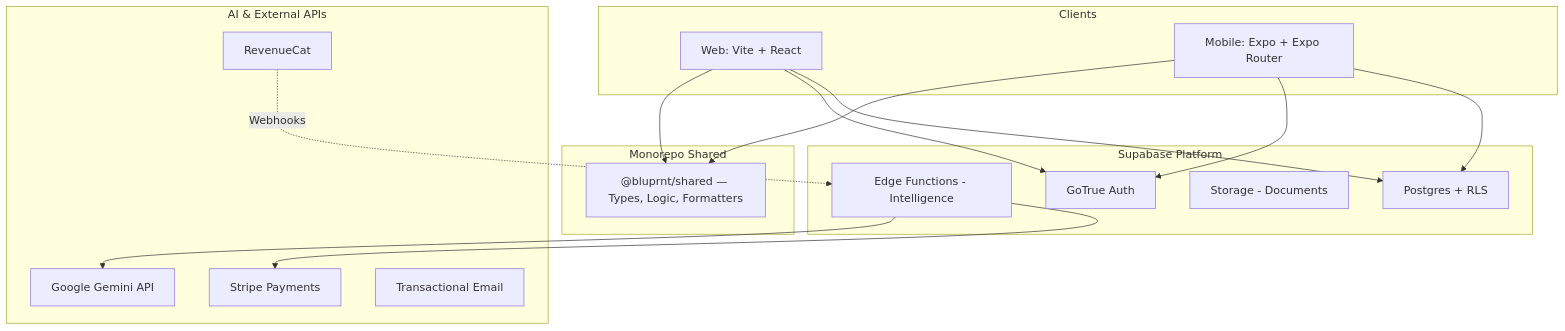
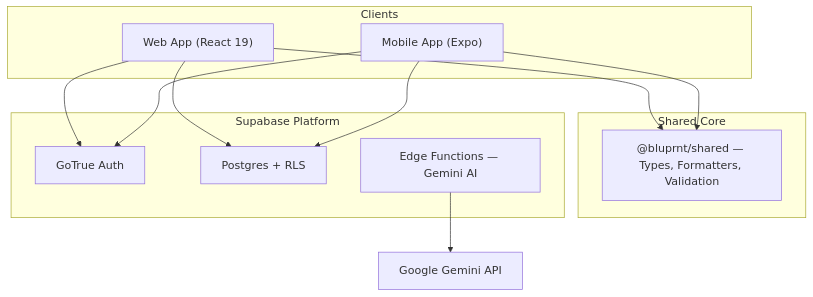
The diagram in README.md (bantoinese83/BLUPRNT.AI), drawn with Mermaid before and after one commit. The commit also changed other lines of this file and 2 other files, not shown here.

````diff
--- a/README.md
+++ b/README.md
@@ -46,35 +41,25 @@
 ```mermaid
 flowchart TB
   subgraph clients[Clients]
-    Web["Web: Vite + React"]
-    Mobile["Mobile: Expo + Expo Router"]
+    Web["Web App (React 19)"]
+    Mobile["Mobile App (Expo)"]
   end
 
-  subgraph shared_pkg["Monorepo Shared"]
-    SH["@bluprnt/shared — Types, Logic, Formatters"]
+  subgraph shared_pkg["Shared Core"]
+    SH["@bluprnt/shared — Types, Formatters, Validation"]
   end
 
   subgraph supabase[Supabase Platform]
     Auth[GoTrue Auth]
     DB["Postgres + RLS"]
-    Stor[Storage - Documents]
-    Edge[Edge Functions - Intelligence]
-  end
-
-  subgraph external[AI & External APIs]
-    Stripe[Stripe Payments]
-    RC[RevenueCat]
-    Gemini[Google Gemini API]
-    Brevo[Transactional Email]
+    Edge[Edge Functions — Gemini AI]
   end
 
   Web --> SH
   Mobile --> SH
   Web --> Auth
   Web --> DB
   Mobile --> Auth
   Mobile --> DB
-  Edge --> Gemini
-  Edge --> Stripe
-  RC -.->|Webhooks| Edge
+  Edge --> Gemini[Google Gemini API]
 ```
````
